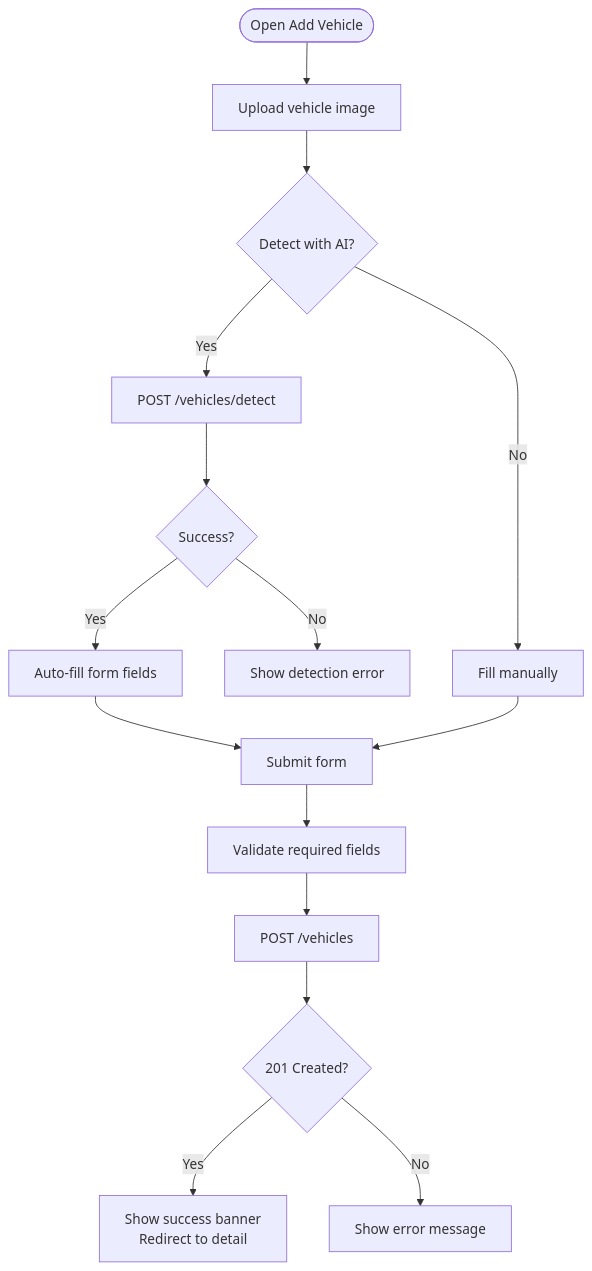
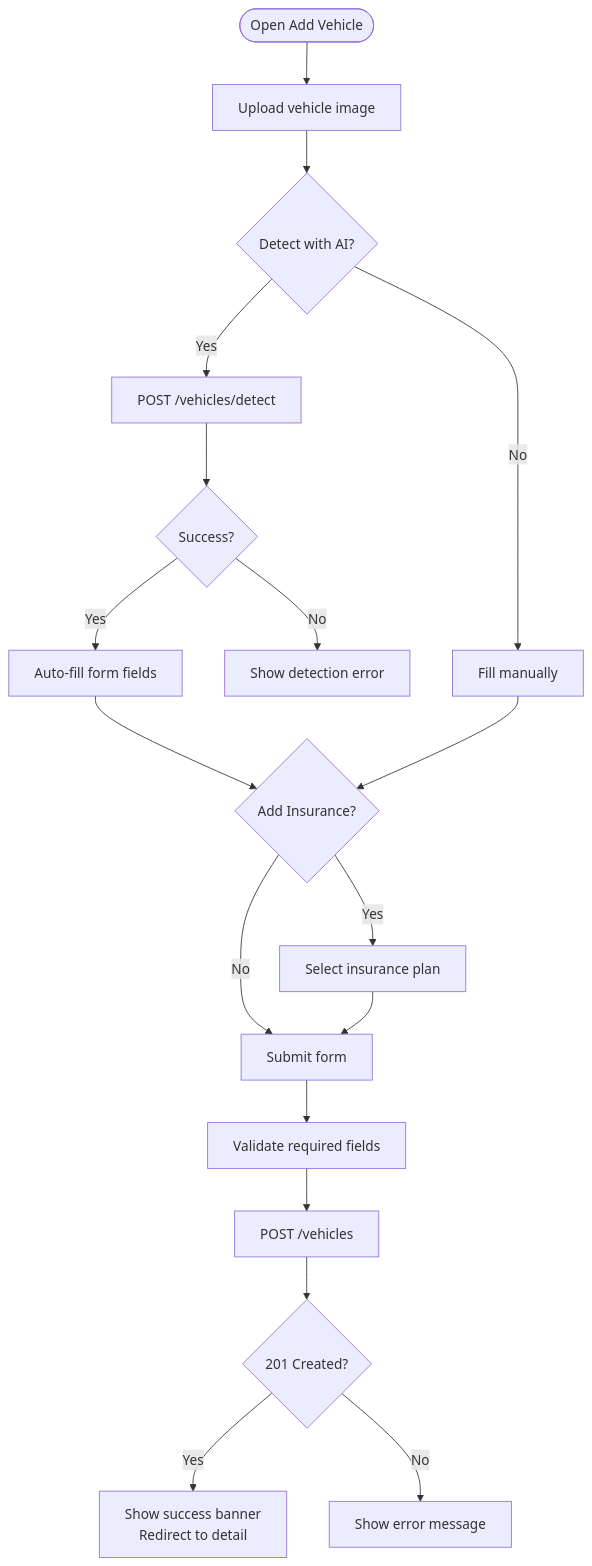
Before and after one commit to NaveenHiranya/Smart-Vehicle-Insurance-Claim-System: the third of 6 diagrams in .qoder/repowiki/en/content/Frontend Documentation/Pages and Views/User Pages/Vehicle Management Page.md, drawn with Mermaid. The commit also changed other lines of this file and 21 other files, not shown here.

````diff
--- a/.qoder/repowiki/en/content/Frontend Documentation/Pages and Views/User Pages/Vehicle Management Page.md
+++ b/.qoder/repowiki/en/content/Frontend Documentation/Pages and Views/User Pages/Vehicle Management Page.md
@@ -175,17 +213,21 @@
 ```mermaid
 flowchart TD
 Start(["Open Add Vehicle"]) --> Upload["Upload vehicle image"]
 Upload --> Detect{"Detect with AI?"}
 Detect --> |Yes| CallAPI["POST /vehicles/detect"]
 CallAPI --> Result{"Success?"}
 Result --> |Yes| Fill["Auto-fill form fields"]
 Result --> |No| ShowErr["Show detection error"]
 Detect --> |No| Manual["Fill manually"]
-Fill --> Submit["Submit form"]
-Manual --> Submit
+Fill --> Insurance{"Add Insurance?"}
+Manual --> Insurance
+Insurance --> |Yes| SelectPlan["Select insurance plan"]
+Insurance --> |No| Submit["Submit form"]
+SelectPlan --> Submit
 Submit --> Validate["Validate required fields"]
-Validate --> Post["POST /vehicles"]
+Post["POST /vehicles"]
+Validate --> Post
 Post --> Resp{"201 Created?"}
 Resp --> |Yes| Success["Show success banner<br/>Redirect to detail"]
 Resp --> |No| Err["Show error message"]
 ```
````
